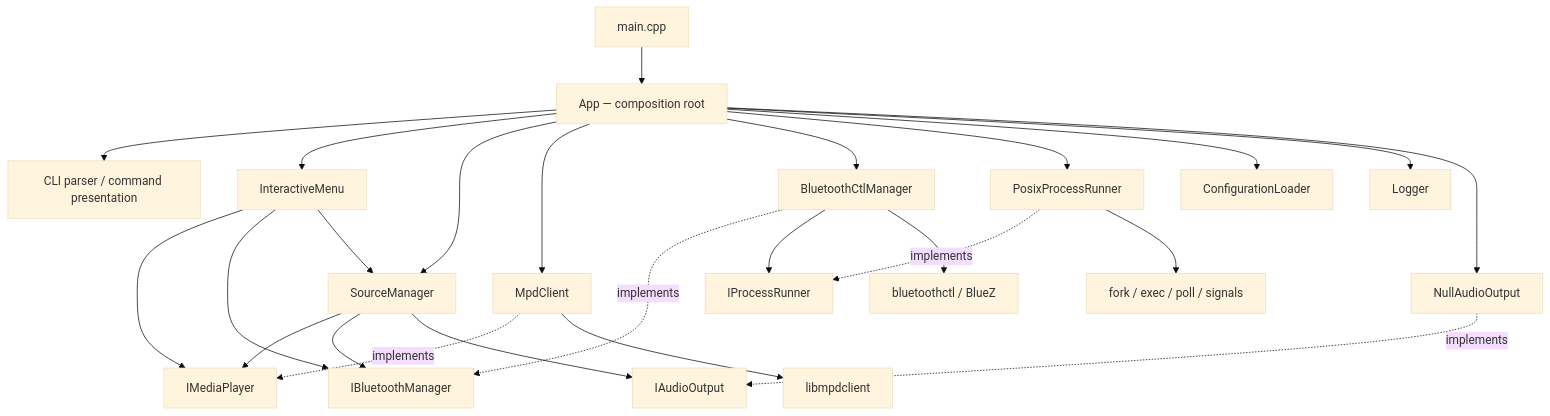
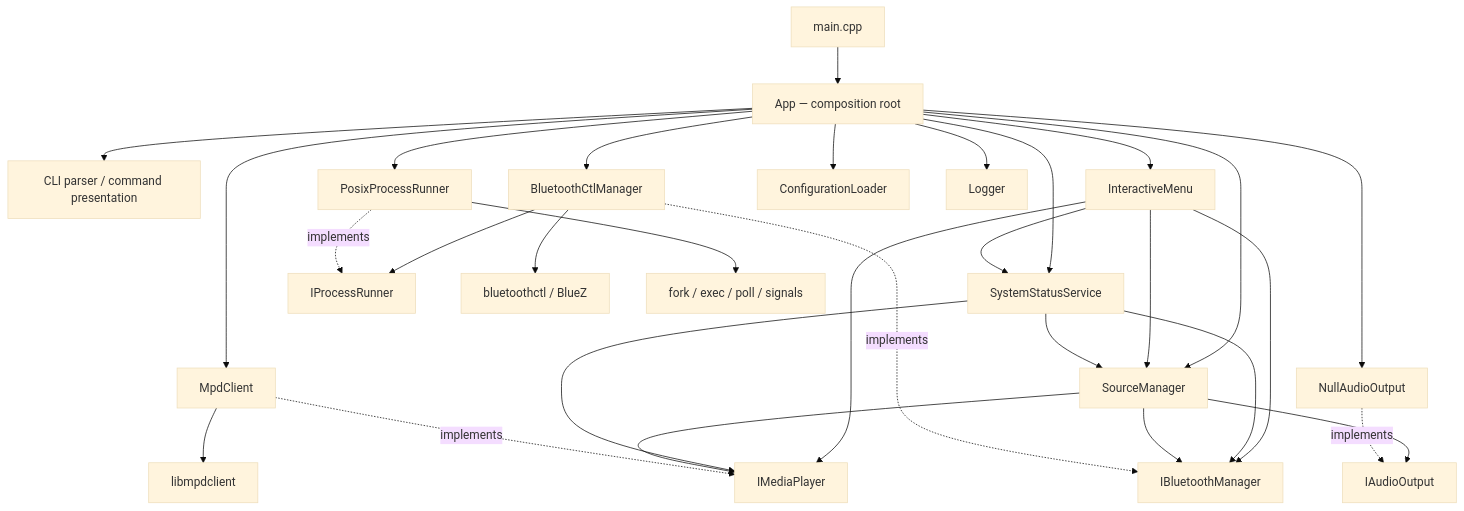
One commit to lukinish-dev/x308-headunit changed the diagram in docs/ARCHITECTURE.md. Above: the diagram before and after it, drawn with Mermaid (base theme). The commit also changed other lines of this file and 15 other files, not shown here.

Commit message:
Implement system status service

````diff
--- a/docs/ARCHITECTURE.md
+++ b/docs/ARCHITECTURE.md
@@ -51,29 +50,34 @@
 ```mermaid
 flowchart TD
     Entry["main.cpp"] --> App["App — composition root"]
     App --> CLI["CLI parser / command presentation"]
     App --> Menu["InteractiveMenu"]
     App --> SM["SourceManager"]
     App --> MPD["MpdClient"]
     App --> BT["BluetoothCtlManager"]
     App --> PR["PosixProcessRunner"]
     App --> CFG["ConfigurationLoader"]
     App --> LOG["Logger"]
     App --> AO["NullAudioOutput"]
+    App --> SS["SystemStatusService"]
 
     Menu --> IMP["IMediaPlayer"]
     Menu --> IBT["IBluetoothManager"]
     Menu --> SM
+    Menu --> SS
+    SS --> IMP
+    SS --> IBT
+    SS --> SM
     SM --> IMP
     SM --> IBT
     SM --> IAO["IAudioOutput"]
     MPD -. implements .-> IMP
     BT -. implements .-> IBT
     BT --> IPR["IProcessRunner"]
     PR -. implements .-> IPR
     AO -. implements .-> IAO
 
     MPD --> Lib["libmpdclient"]
     BT --> Ctl["bluetoothctl / BlueZ"]
     PR --> Linux["fork / exec / poll / signals"]
 ```
````
